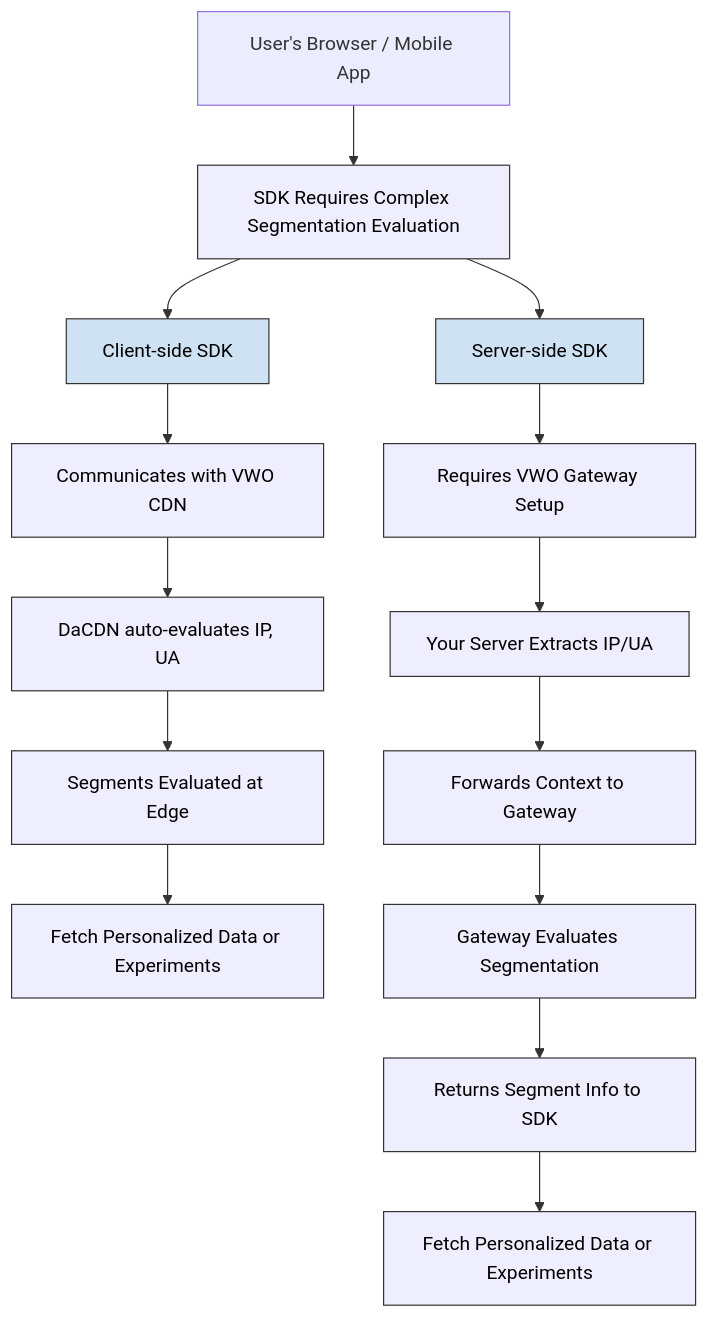
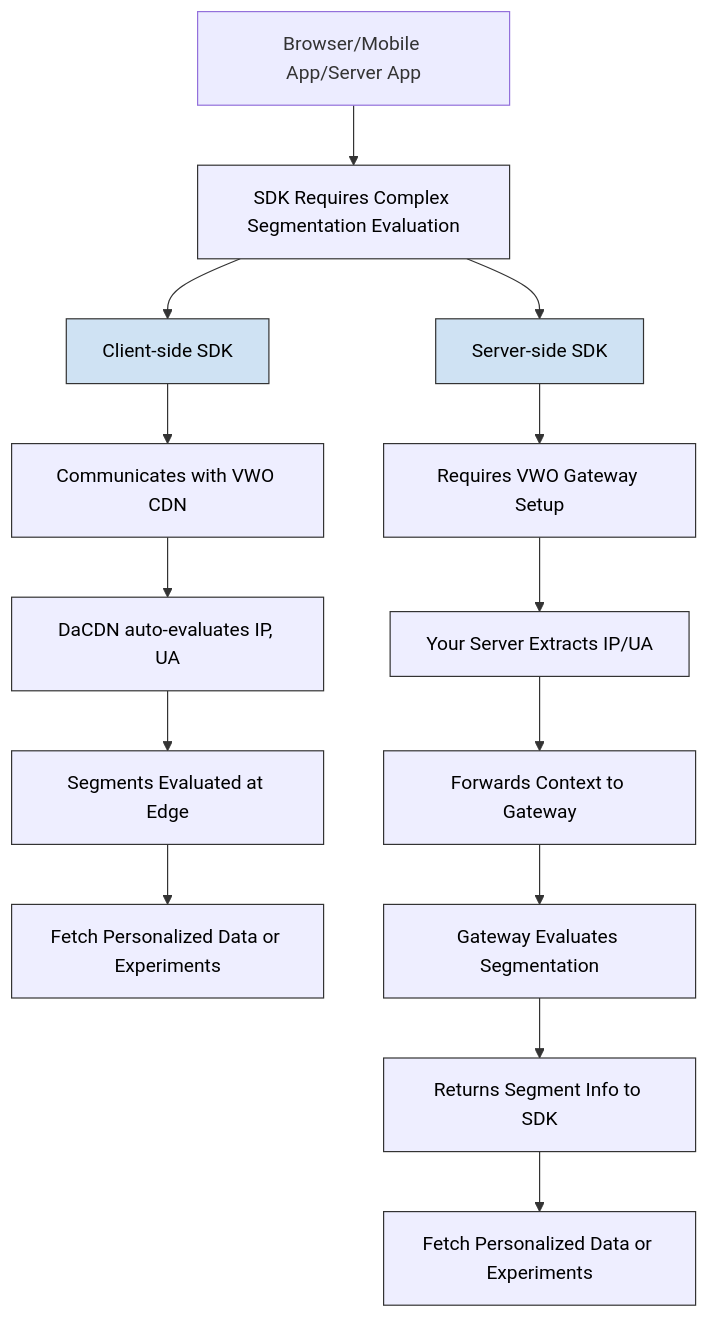
The diagram in docs/Concepts/fme-segment-evaluation-client-vs-server-side.md (wingify/readme-central), drawn with Mermaid before and after one commit.

Commit message:
Update doc `fme-segment-evaluation-client-vs-server-side`

````diff
--- a/docs/Concepts/fme-segment-evaluation-client-vs-server-side.md
+++ b/docs/Concepts/fme-segment-evaluation-client-vs-server-side.md
@@ -22,29 +22,29 @@
 ```mermaid
 flowchart TD
-    A[User's Browser / Mobile App] --> B[SDK Requires Complex Segmentation Evaluation]
+    A[Browser/Mobile App/Server App] --> B[SDK Requires Complex Segmentation Evaluation]
     B --> C[Client-side SDK]
     B --> C2[Server-side SDK]
 
     %% Client-Side SDK Branch
     C --> D[Communicates with VWO CDN]
     D --> E[DaCDN auto-evaluates IP, UA]
     E --> F[Segments Evaluated at Edge]
     F --> G[Fetch Personalized Data or Experiments]
 
     %% Server-Side SDK Branch
     C2 --> H[Requires VWO Gateway Setup]
     H --> I[Your Server Extracts IP/UA]
     I --> J[Forwards Context to Gateway]
     J --> K[Gateway Evaluates Segmentation]
     K --> L[Returns Segment Info to SDK]
     L --> M[Fetch Personalized Data or Experiments]
 
     %% Styling
     class B,D,E,F,G,H,I,J,K,L,M step;
     class C decision;
     class C2 decision;
 
     classDef step fill:#eef,stroke:#333,stroke-width:1px,color:#000;
     classDef decision fill:#cfe2f3,stroke:#333,stroke-width:1px,color:#000;
 
 ```
````
